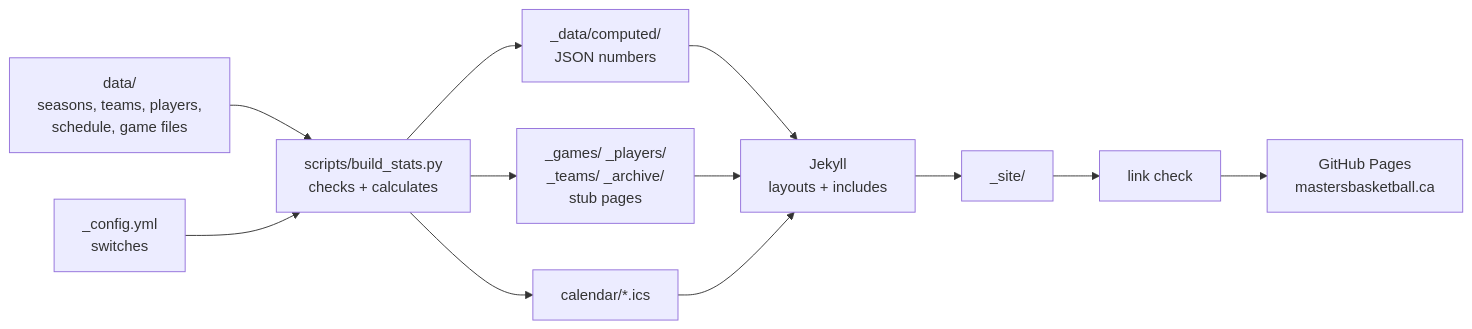
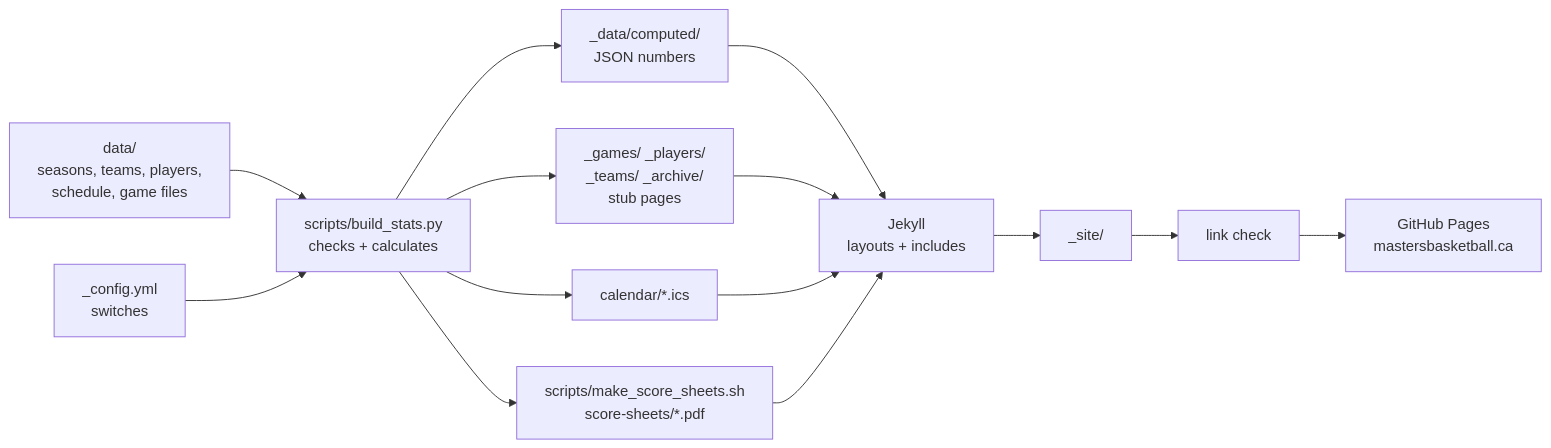
Before and after one commit to tb-masters-basketball/website: the diagram in README.md, drawn with Mermaid. The commit also changed other lines of this file and 37 other files, not shown here.

````diff
--- a/README.md
+++ b/README.md
@@ -109,14 +116,16 @@
 ```mermaid
 flowchart LR
     A["data/<br/>seasons, teams, players,<br/>schedule, game files"] --> B["scripts/build_stats.py<br/>checks + calculates"]
     C["_config.yml<br/>switches"] --> B
     B --> D["_data/computed/<br/>JSON numbers"]
     B --> E["_games/ _players/<br/>_teams/ _archive/<br/>stub pages"]
     B --> F["calendar/*.ics"]
+    B --> S["scripts/make_score_sheets.sh<br/>score-sheets/*.pdf"]
     D --> G["Jekyll<br/>layouts + includes"]
     E --> G
     F --> G
+    S --> G
     G --> H["_site/"]
     H --> I["link check"]
     I --> J["GitHub Pages<br/>mastersbasketball.ca"]
 ```
````
